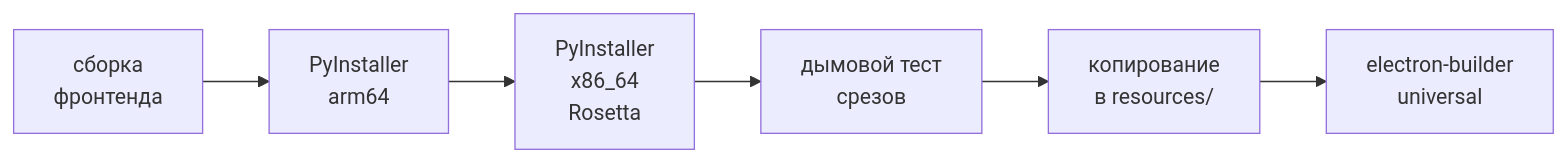
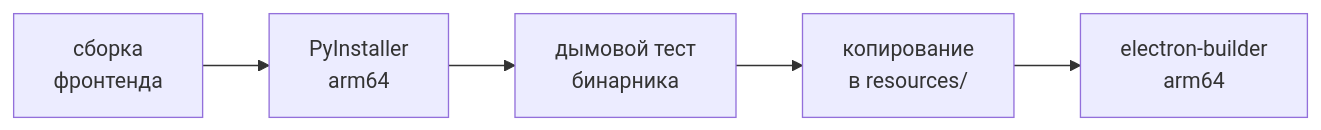
The diagram in desktop/README.md (SlavaKlkv/photo_metadata_ai), drawn with Mermaid before and after one commit. The commit also changed other lines of this file and 12 other files, not shown here.

````diff
--- a/desktop/README.md
+++ b/desktop/README.md
@@ -61,8 +60,7 @@
 ```mermaid
 flowchart LR
   F["сборка<br/>фронтенда"] --> A["PyInstaller<br/>arm64"]
-  A --> X["PyInstaller<br/>x86_64<br/>Rosetta"]
-  X --> S["дымовой тест<br/>срезов"]
+  A --> S["дымовой тест<br/>бинарника"]
   S --> C["копирование<br/>в resources/"]
-  C --> B["electron-builder<br/>universal"]
+  C --> B["electron-builder<br/>arm64"]
 ```
````
